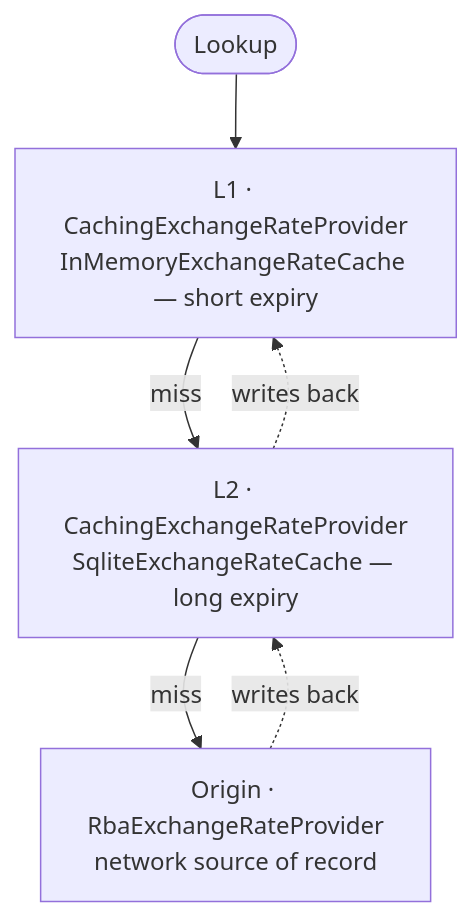
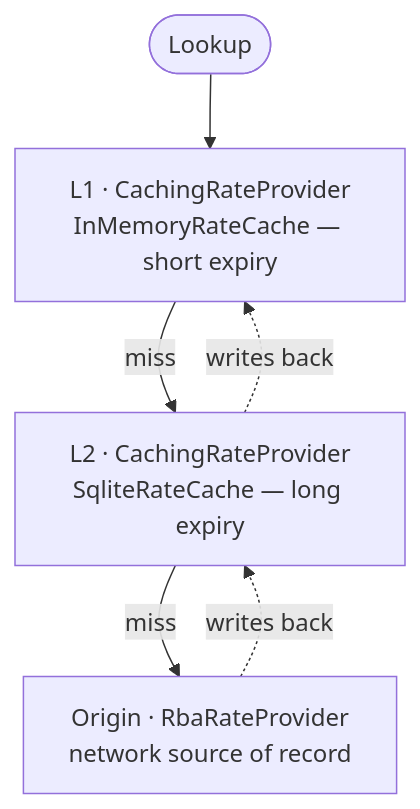
One commit to bslater/bodu changed the second of 3 diagrams in docs/guides/financial/exchange-rate-caching.md. Above: the diagram before and after it, drawn with Mermaid. The commit also changed other lines of this file and 53 other files, not shown here.

````diff
--- a/docs/guides/financial/exchange-rate-caching.md
+++ b/docs/guides/financial/exchange-rate-caching.md
@@ -587,8 +587,8 @@
 ```mermaid
 flowchart TD
-    L([Lookup]) --> L1["L1 · CachingExchangeRateProvider<br/>InMemoryExchangeRateCache — short expiry"]
-    L1 -- miss --> L2["L2 · CachingExchangeRateProvider<br/>SqliteExchangeRateCache — long expiry"]
-    L2 -- miss --> O["Origin · RbaExchangeRateProvider<br/>network source of record"]
+    L([Lookup]) --> L1["L1 · CachingRateProvider<br/>InMemoryRateCache — short expiry"]
+    L1 -- miss --> L2["L2 · CachingRateProvider<br/>SqliteRateCache — long expiry"]
+    L2 -- miss --> O["Origin · RbaRateProvider<br/>network source of record"]
     O -. "writes back" .-> L2
     L2 -. "writes back" .-> L1
 ```
````
